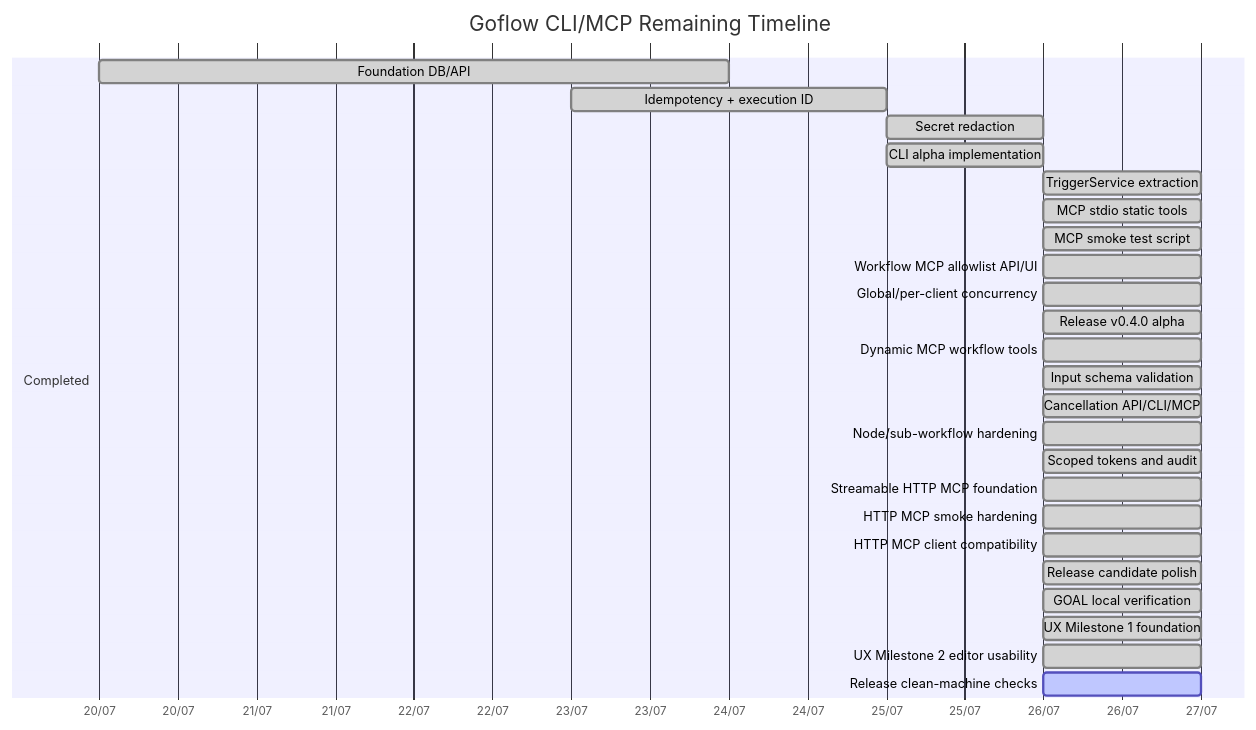
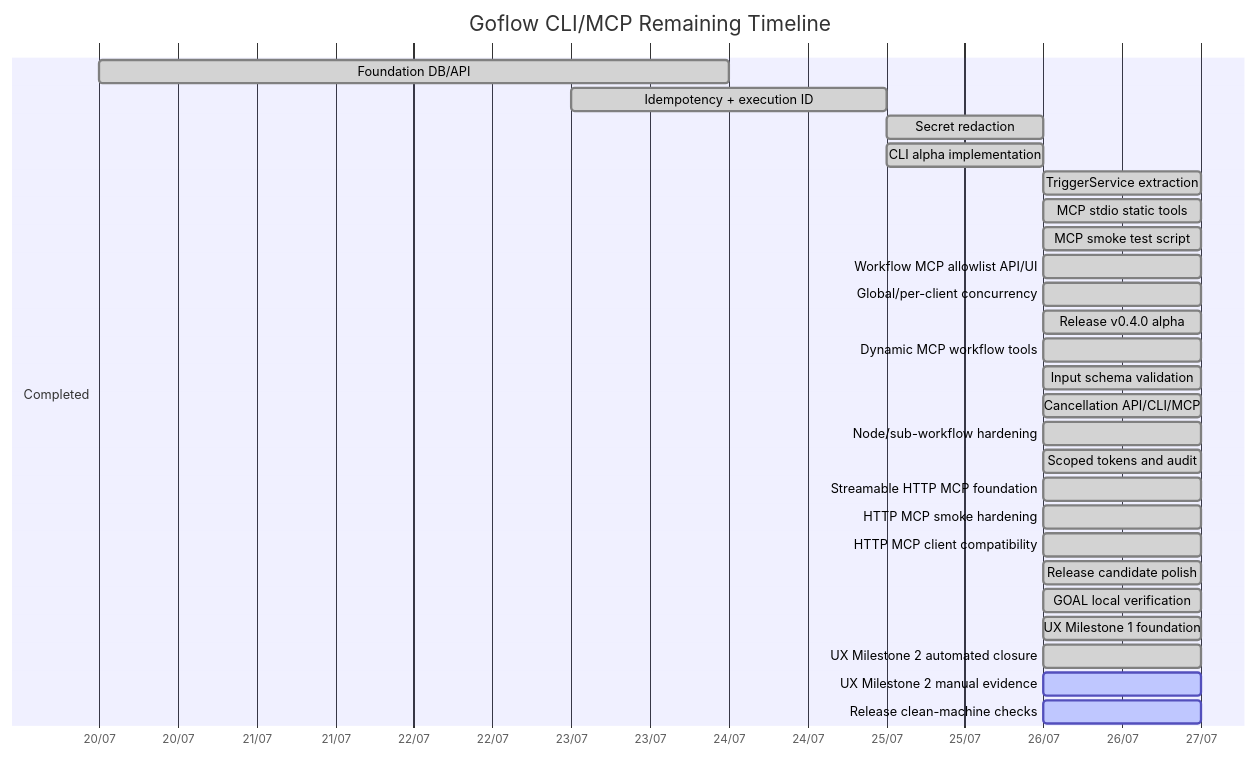
One commit to hstptcn5/Goflow changed the second of 2 diagrams in ROADMAP_PROGRESS.md. Above: the diagram before and after it, drawn with Mermaid. The commit also changed other lines of this file and 27 other files, not shown here.

````diff
--- a/ROADMAP_PROGRESS.md
+++ b/ROADMAP_PROGRESS.md
@@ -150,33 +158,34 @@
 ```mermaid
 gantt
     title Goflow CLI/MCP Remaining Timeline
     dateFormat  YYYY-MM-DD
     axisFormat  %d/%m
 
     section Completed
     Foundation DB/API             :done, f1, 2026-07-20, 4d
     Idempotency + execution ID     :done, f2, 2026-07-23, 2d
     Secret redaction               :done, f3, 2026-07-25, 1d
     CLI alpha implementation       :done, cli1, 2026-07-25, 1d
     TriggerService extraction      :done, svc1, 2026-07-26, 1d
     MCP stdio static tools         :done, mcp1, 2026-07-26, 1d
     MCP smoke test script          :done, mcp2, 2026-07-26, 1d
     Workflow MCP allowlist API/UI  :done, mcp3, 2026-07-26, 1d
     Global/per-client concurrency  :done, hard0, 2026-07-26, 1d
     Release v0.4.0 alpha           :done, rel1, 2026-07-26, 1d
     Dynamic MCP workflow tools     :done, mcp4, 2026-07-26, 1d
     Input schema validation        :done, mcp5, 2026-07-26, 1d
     Cancellation API/CLI/MCP       :done, hard2, 2026-07-26, 1d
     Node/sub-workflow hardening    :done, hard1, 2026-07-26, 1d
     Scoped tokens and audit        :done, sec1, 2026-07-26, 1d
 
     section Completed
     Streamable HTTP MCP foundation :done, http1, 2026-07-26, 1d
     HTTP MCP smoke hardening       :done, http2, 2026-07-26, 1d
     HTTP MCP client compatibility  :done, http3, 2026-07-26, 1d
     Release candidate polish       :done, rc1, 2026-07-26, 1d
     GOAL local verification        :done, goal1, 2026-07-26, 1d
     UX Milestone 1 foundation      :done, ux1, 2026-07-26, 1d
-    UX Milestone 2 editor usability:done, ux2, 2026-07-26, 1d
+    UX Milestone 2 automated closure:done, ux2, 2026-07-26, 1d
+    UX Milestone 2 manual evidence:active, ux2m, 2026-07-26, 1d
     Release clean-machine checks   :active, goal2, 2026-07-26, 1d
 ```
````
